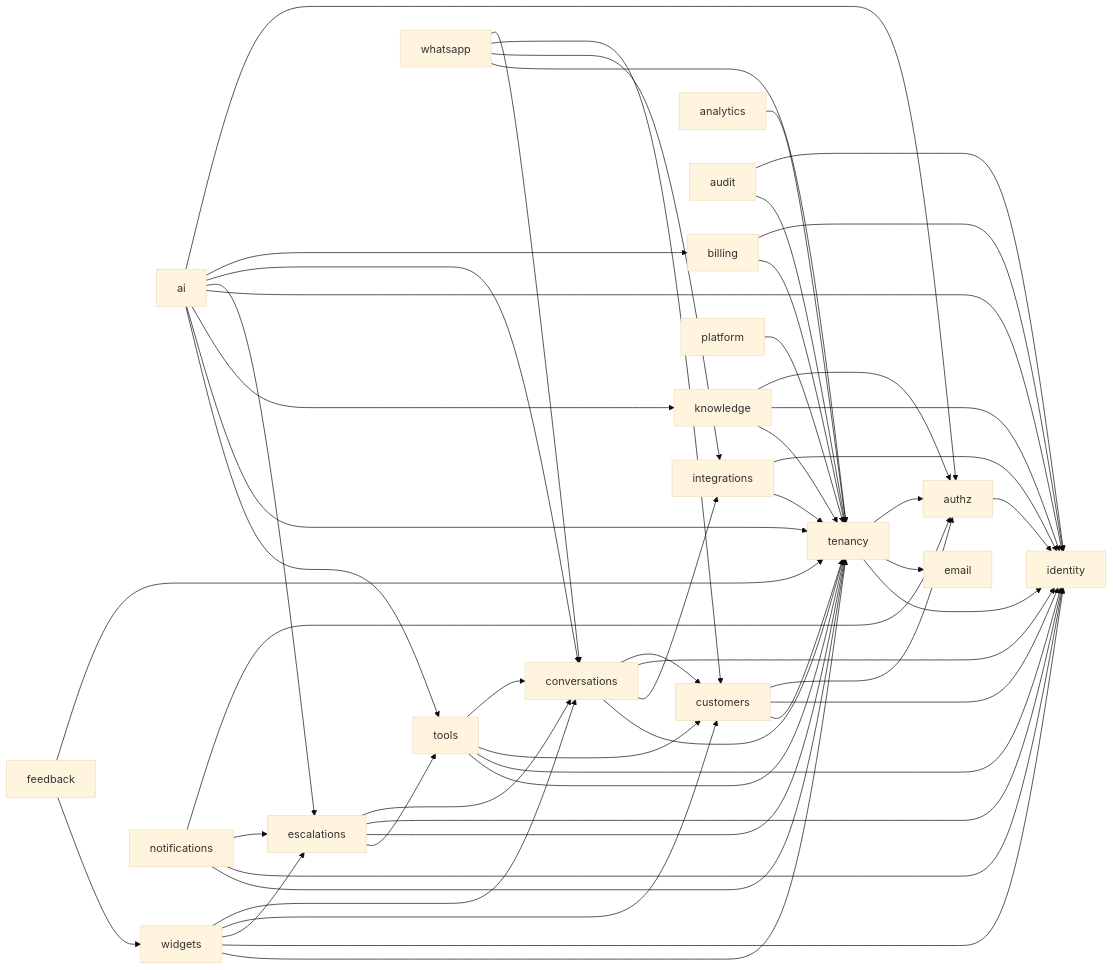
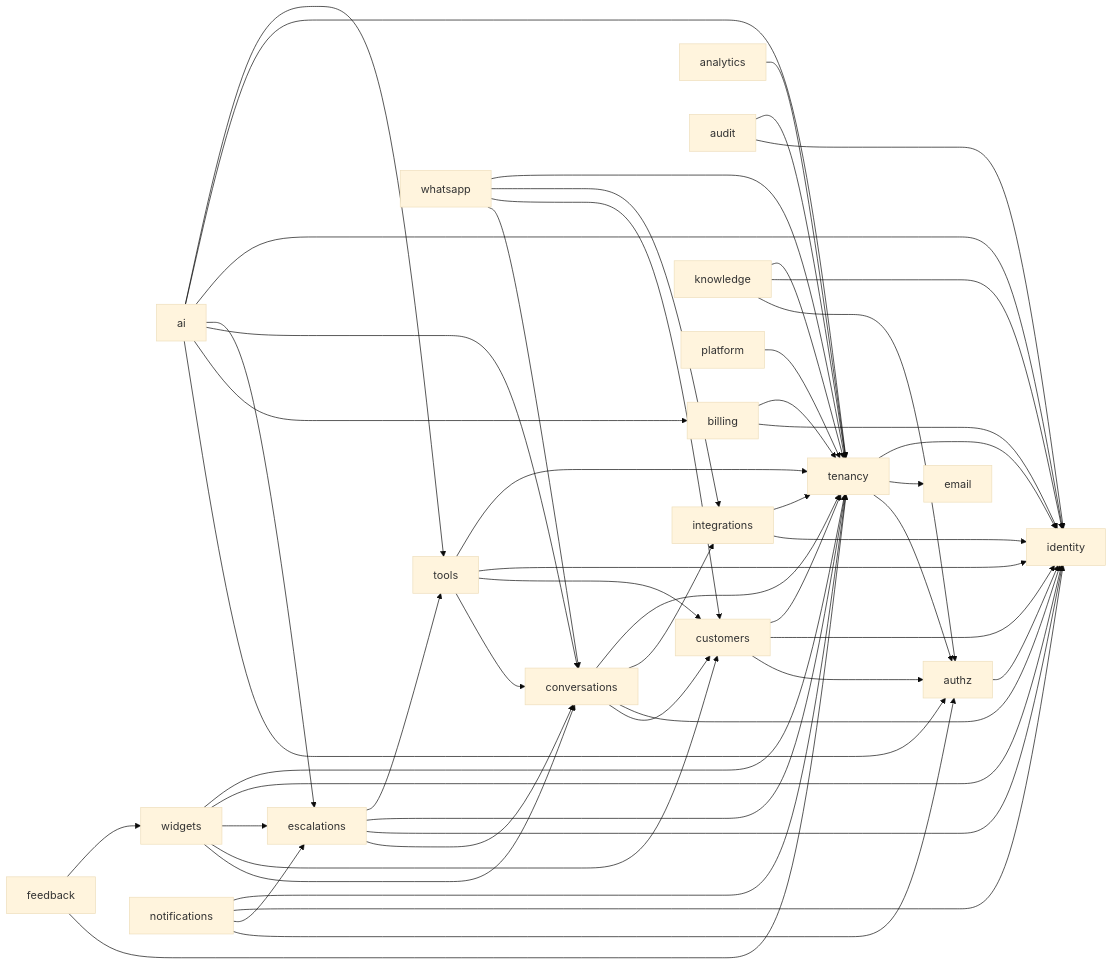
Before and after one commit to mohamed155/customer-service-chat-system: the diagram in docs/architecture/module-dependencies.md, drawn with Mermaid (base theme). The commit also changed other lines of this file and 29 other files, not shown here.

````diff
--- a/docs/architecture/module-dependencies.md
+++ b/docs/architecture/module-dependencies.md
@@ -41,56 +41,55 @@
 ```mermaid
 flowchart LR
   ai --> authz
   ai --> billing
   ai --> conversations
   ai --> escalations
   ai --> identity
-  ai --> knowledge
   ai --> tenancy
   ai --> tools
   analytics --> tenancy
   audit --> identity
   audit --> tenancy
   authz --> identity
   billing --> identity
   billing --> tenancy
   conversations --> customers
   conversations --> identity
   conversations --> integrations
   conversations --> tenancy
   customers --> authz
   customers --> identity
   customers --> tenancy
   escalations --> conversations
   escalations --> identity
   escalations --> tenancy
   escalations --> tools
   feedback --> tenancy
   feedback --> widgets
   integrations --> identity
   integrations --> tenancy
   knowledge --> authz
   knowledge --> identity
   knowledge --> tenancy
   notifications --> authz
   notifications --> escalations
   notifications --> identity
   notifications --> tenancy
   platform --> tenancy
   tenancy --> authz
   tenancy --> email
   tenancy --> identity
   tools --> conversations
   tools --> customers
   tools --> identity
   tools --> tenancy
   whatsapp --> conversations
   whatsapp --> customers
   whatsapp --> integrations
   whatsapp --> tenancy
   widgets --> conversations
   widgets --> customers
   widgets --> escalations
   widgets --> identity
   widgets --> tenancy
 ```
````
